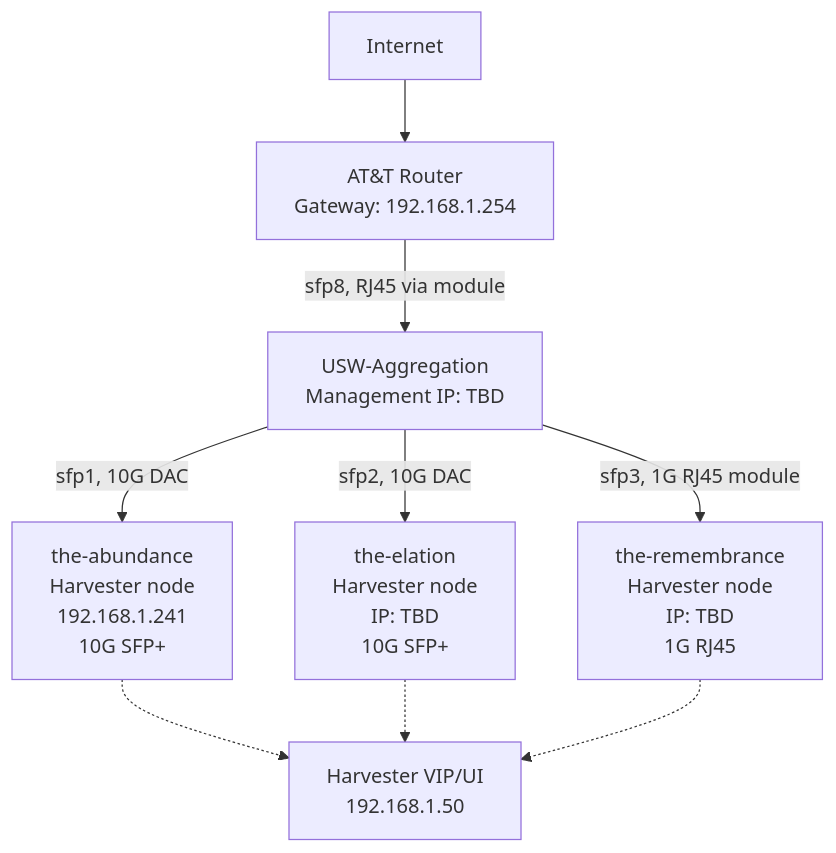
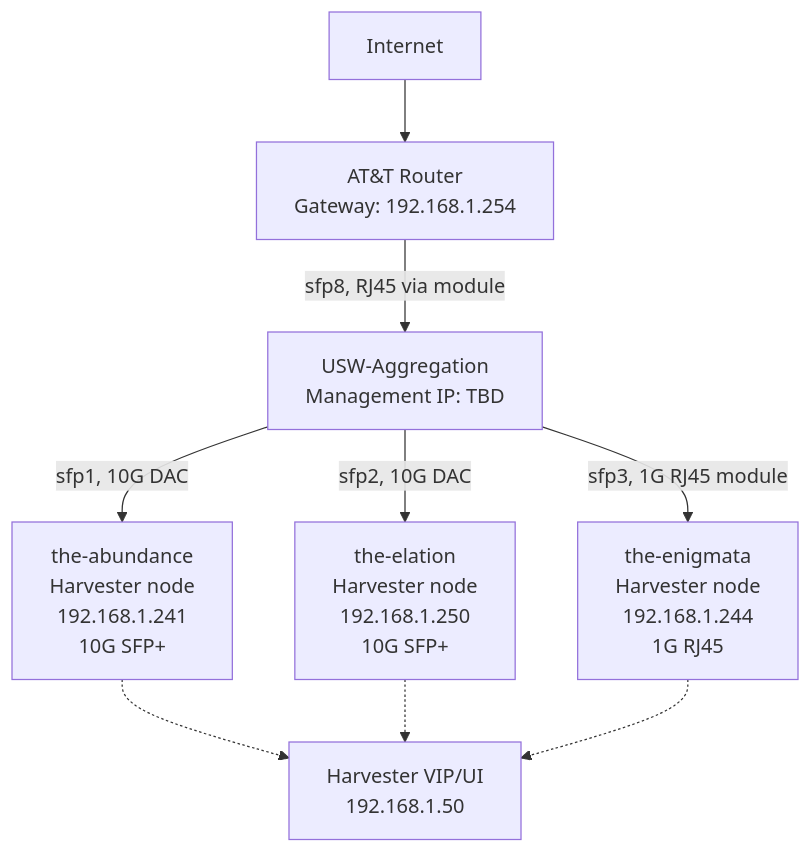
Before and after one commit to yanglianglu/homelab-platform: the first of 2 diagrams in docs/network-map.md, drawn with Mermaid. The commit also changed other lines of this file and 88 other files, not shown here.

````diff
--- a/docs/network-map.md
+++ b/docs/network-map.md
@@ -7,21 +7,21 @@
 ```mermaid
 flowchart TB
   internet["Internet"]
   att["AT&T Router<br/>Gateway: 192.168.1.254"]
   usw["USW-Aggregation<br/>Management IP: TBD"]
 
   abundance["the-abundance<br/>Harvester node<br/>192.168.1.241<br/>10G SFP+"]
-  elation["the-elation<br/>Harvester node<br/>IP: TBD<br/>10G SFP+"]
-  remembrance["the-remembrance<br/>Harvester node<br/>IP: TBD<br/>1G RJ45"]
+  elation["the-elation<br/>Harvester node<br/>192.168.1.250<br/>10G SFP+"]
+  enigmata["the-enigmata<br/>Harvester node<br/>192.168.1.244<br/>1G RJ45"]
 
   harvesterVip["Harvester VIP/UI<br/>192.168.1.50"]
 
   internet --> att
   att -->|"sfp8, RJ45 via module"| usw
   usw -->|"sfp1, 10G DAC"| abundance
   usw -->|"sfp2, 10G DAC"| elation
-  usw -->|"sfp3, 1G RJ45 module"| remembrance
+  usw -->|"sfp3, 1G RJ45 module"| enigmata
   abundance -.-> harvesterVip
   elation -.-> harvesterVip
-  remembrance -.-> harvesterVip
+  enigmata -.-> harvesterVip
 ```
````
